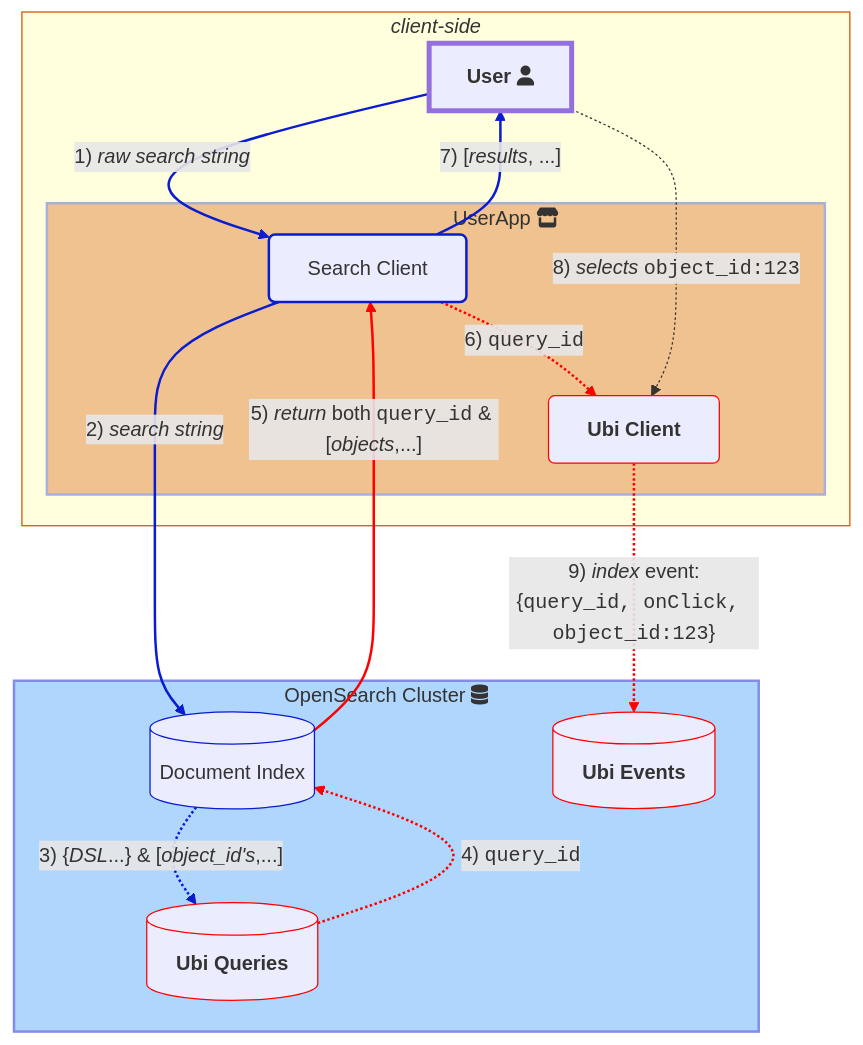
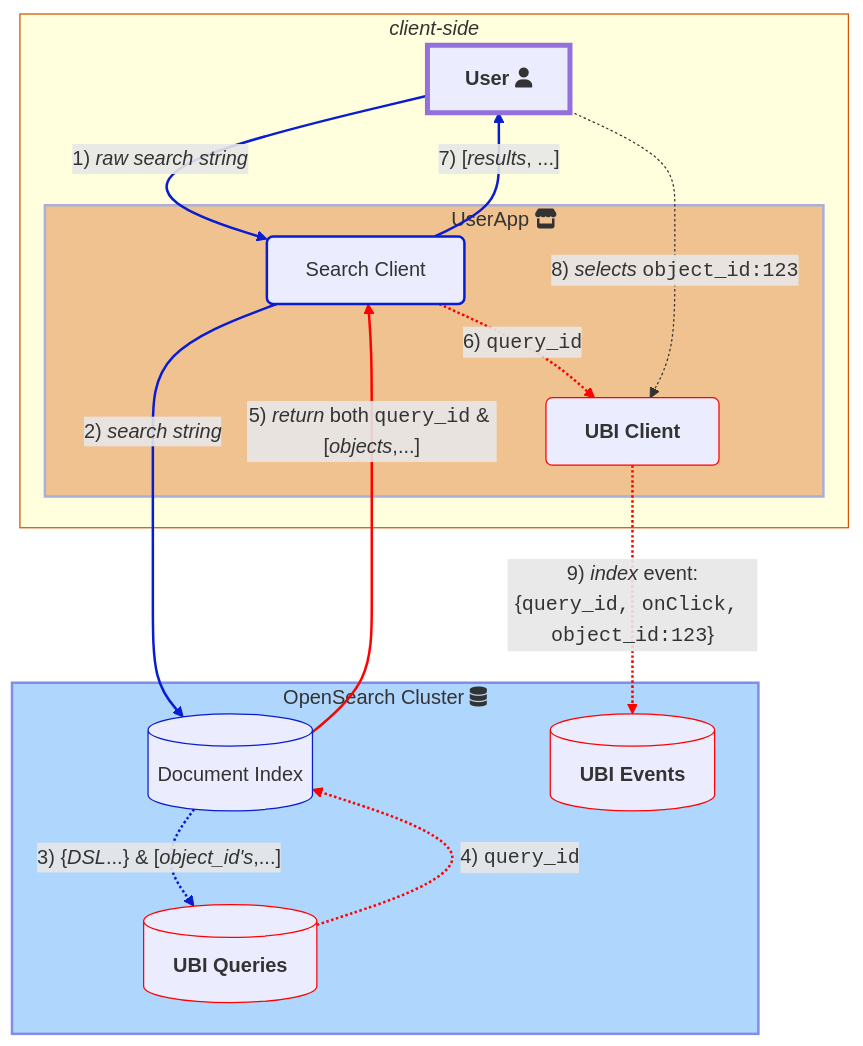
One commit to opensearch-project/documentation-website changed the second of 2 diagrams in _search-plugins/ubi/schemas.md. Above: the diagram before and after it, drawn with Mermaid. The commit also changed other lines of this file and 7 other files, not shown here.

````diff
--- a/_search-plugins/ubi/schemas.md
+++ b/_search-plugins/ubi/schemas.md
@@ -58,46 +58,46 @@
 ```mermaid
 %%{init: {
     "flowchart": {"htmlLabels": false},
 
     } 
 }%%
 graph TB
 
 User--1) <i>raw search string</i>-->Search;    
 Search--2) <i>search string</i>-->Docs 
 style OS stroke-width:2px, stroke:#0A1CCF, fill:#62affb, opacity:.5
 subgraph OS[OpenSearch Cluster fa:fa-database]
     style E stroke-width:1px,stroke:red
-    E[(&emsp;<b>Ubi Events</b>&emsp;)]
+    E[(&emsp;<b>UBI Events</b>&emsp;)]
     style Docs stroke-width:1px,stroke:#0A1CCF
     style Q stroke-width:1px,stroke:red
-    Docs[(Document Index)] -."3)  {<i>DSL</i>...} & [<i>object_id's</i>,...]".-> Q[(&emsp;<b>Ubi Queries</b>&emsp;)];  
+    Docs[(Document Index)] -."3)  {<i>DSL</i>...} & [<i>object_id's</i>,...]".-> Q[(&emsp;<b>UBI Queries</b>&emsp;)];  
     Q -.4) <span style="font-family:Courier New">query_id</span>.-> Docs ;   
 end
 
 Docs -- "5) <i>return</i> both <span style="font-family:Courier New">query_id</span> & [<i>objects</i>,...]" --->Search ;
 Search-.6)  <span style="font-family:Courier New">query_id</span>.->U;
 Search --7) [<i>results</i>, ...]--> User
 
 style *client-side* stroke-width:1px, stroke:#D35400
 subgraph "`*client-side*`"
     style User stroke-width:4px, stroke:#EC636
     User["`**User**`" fa:fa-user]
     App
     Search    
     U
     style App fill:#D35400,opacity:.35, stroke:#0A1CCF, stroke-width:2px
     subgraph App[&emsp;&emsp;&emsp;&emsp;&emsp;&emsp;&emsp;UserApp fa:fa-store]
         style Search stroke-width:2px, stroke:#0A1CCF
         Search(&emsp;Search Client&emsp;)        
         style U stroke-width:1px,stroke:red
-        U(&emsp;<b>Ubi Client</b>&emsp;)
+        U(&emsp;<b>UBI Client</b>&emsp;)
     end
 end
 
 User -.8) <i>selects</i> <span style="font-family:Courier New">object_id:123</span>.->U;
 U-."9) <i>index</i> event:{<span style="font-family:Courier New">query_id, onClick, object_id:123</span>}".->E;
 
 linkStyle 1,2,0,6 stroke-width:2px,fill:none,stroke:#0A1CCF
 linkStyle 3,4,5,8 stroke-width:2px,fill:none,stroke:red
 ```
````
